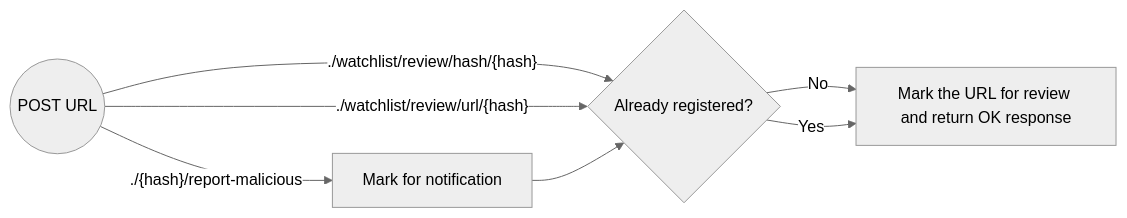
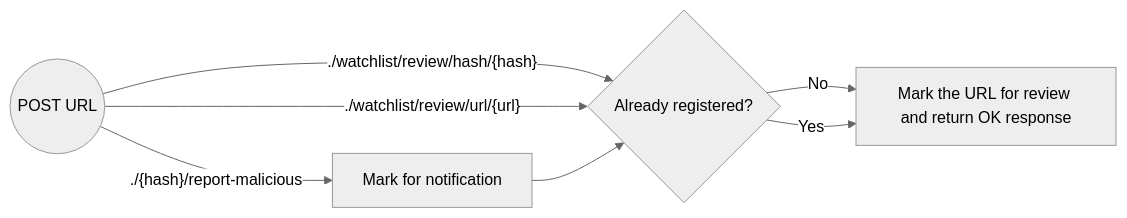
One commit to Marvin-Brouwer/SecureUrlManager changed the first of 3 diagrams in docs/user-journeys/4-manage-urls.md. Above: the diagram before and after it, drawn with Mermaid (neutral theme). The commit also changed other lines of this file, not shown here.

Commit message:
[#2] Fixed typos

````diff
--- a/docs/user-journeys/4-manage-urls.md
+++ b/docs/user-journeys/4-manage-urls.md
@@ -19,11 +19,11 @@
 ```mermaid
 graph LR
     Report(( POST URL )) --> |"./{hash}/report-malicious" | Report_Inform
     Report(( POST URL )) --> |"./watchlist/review/hash/{hash}"| Report_ExistingUrl
-    Report(( POST URL )) --> |"./watchlist/review/url/{hash}"| Report_ExistingUrl
+    Report(( POST URL )) --> |"./watchlist/review/url/{url}"| Report_ExistingUrl
     Report_ExistingUrl{Already registered?}
     Report_ExistingUrl --> |No| Report_MarkForReview[Mark the URL for review and return OK response]
     Report_ExistingUrl --> |Yes| Report_MarkForReview[Mark the URL for review and return OK response]
 
     Report_Inform["Mark for notification"] --> Report_ExistingUrl
 ```
````
